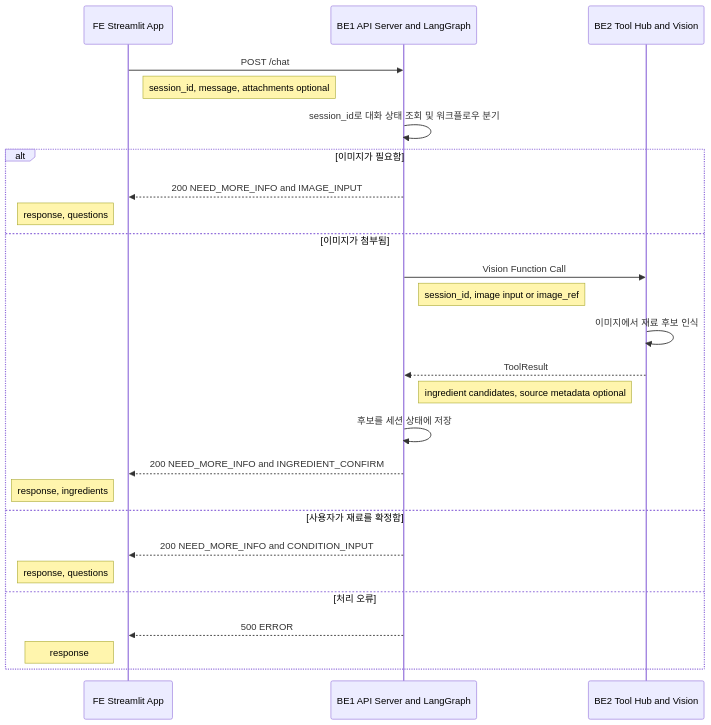
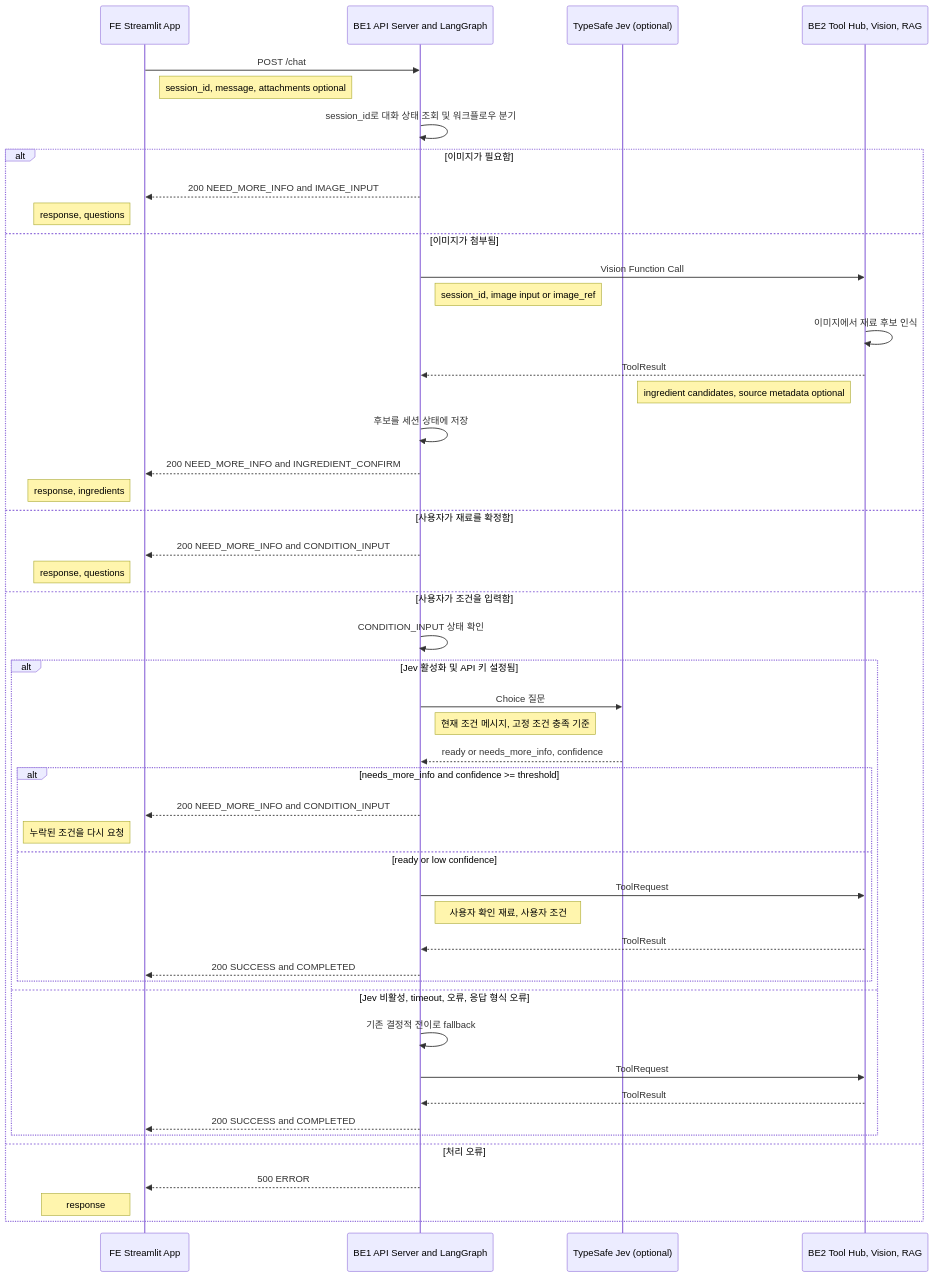
Before and after one commit to DongJunee/2026_aio2_p2_PlanEat_Backend: the first of 3 diagrams in docs/data-flow.md, drawn with Mermaid. The commit also changed other lines of this file, not shown here.

````diff
--- a/docs/data-flow.md
+++ b/docs/data-flow.md
@@ -15,30 +15,52 @@
 ```mermaid
 sequenceDiagram
     participant FE as FE Streamlit App
     participant BE1 as BE1 API Server and LangGraph
-    participant BE2 as BE2 Tool Hub and Vision
+    participant Jev as TypeSafe Jev (optional)
+    participant BE2 as BE2 Tool Hub, Vision, RAG
 
     FE->>BE1: POST /chat
     Note right of FE: session_id, message, attachments optional
     BE1->>BE1: session_id로 대화 상태 조회 및 워크플로우 분기
 
     alt 이미지가 필요함
         BE1-->>FE: 200 NEED_MORE_INFO and IMAGE_INPUT
         Note left of FE: response, questions
     else 이미지가 첨부됨
         BE1->>BE2: Vision Function Call
         Note right of BE1: session_id, image input or image_ref
         BE2->>BE2: 이미지에서 재료 후보 인식
         BE2-->>BE1: ToolResult
         Note left of BE2: ingredient candidates, source metadata optional
         BE1->>BE1: 후보를 세션 상태에 저장
         BE1-->>FE: 200 NEED_MORE_INFO and INGREDIENT_CONFIRM
         Note left of FE: response, ingredients
     else 사용자가 재료를 확정함
         BE1-->>FE: 200 NEED_MORE_INFO and CONDITION_INPUT
         Note left of FE: response, questions
+    else 사용자가 조건을 입력함
+        BE1->>BE1: CONDITION_INPUT 상태 확인
+        alt Jev 활성화 및 API 키 설정됨
+            BE1->>Jev: Choice 질문
+            Note right of BE1: 현재 조건 메시지, 고정 조건 충족 기준
+            Jev-->>BE1: ready or needs_more_info, confidence
+            alt needs_more_info and confidence >= threshold
+                BE1-->>FE: 200 NEED_MORE_INFO and CONDITION_INPUT
+                Note left of FE: 누락된 조건을 다시 요청
+            else ready or low confidence
+                BE1->>BE2: ToolRequest
+                Note right of BE1: 사용자 확인 재료, 사용자 조건
+                BE2-->>BE1: ToolResult
+                BE1-->>FE: 200 SUCCESS and COMPLETED
+            end
+        else Jev 비활성, timeout, 오류, 응답 형식 오류
+            BE1->>BE1: 기존 결정적 전이로 fallback
+            BE1->>BE2: ToolRequest
+            BE2-->>BE1: ToolResult
+            BE1-->>FE: 200 SUCCESS and COMPLETED
+        end
     else 처리 오류
         BE1-->>FE: 500 ERROR
         Note left of FE: response
     end
 ```
````
